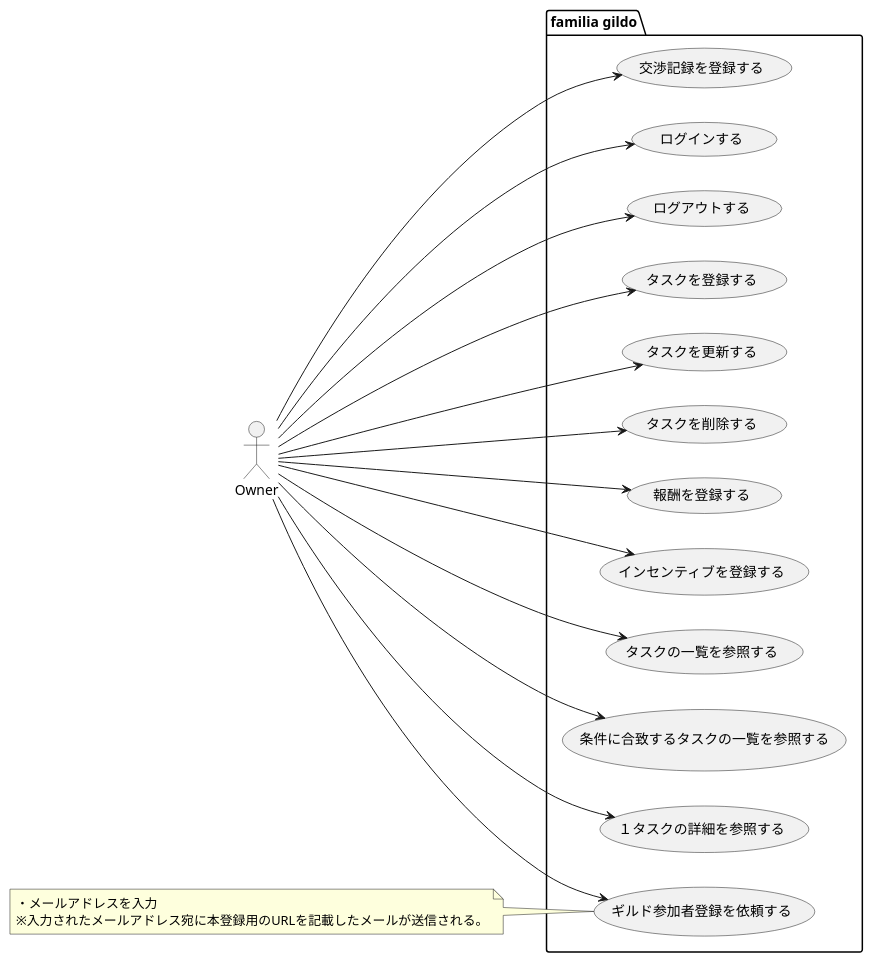
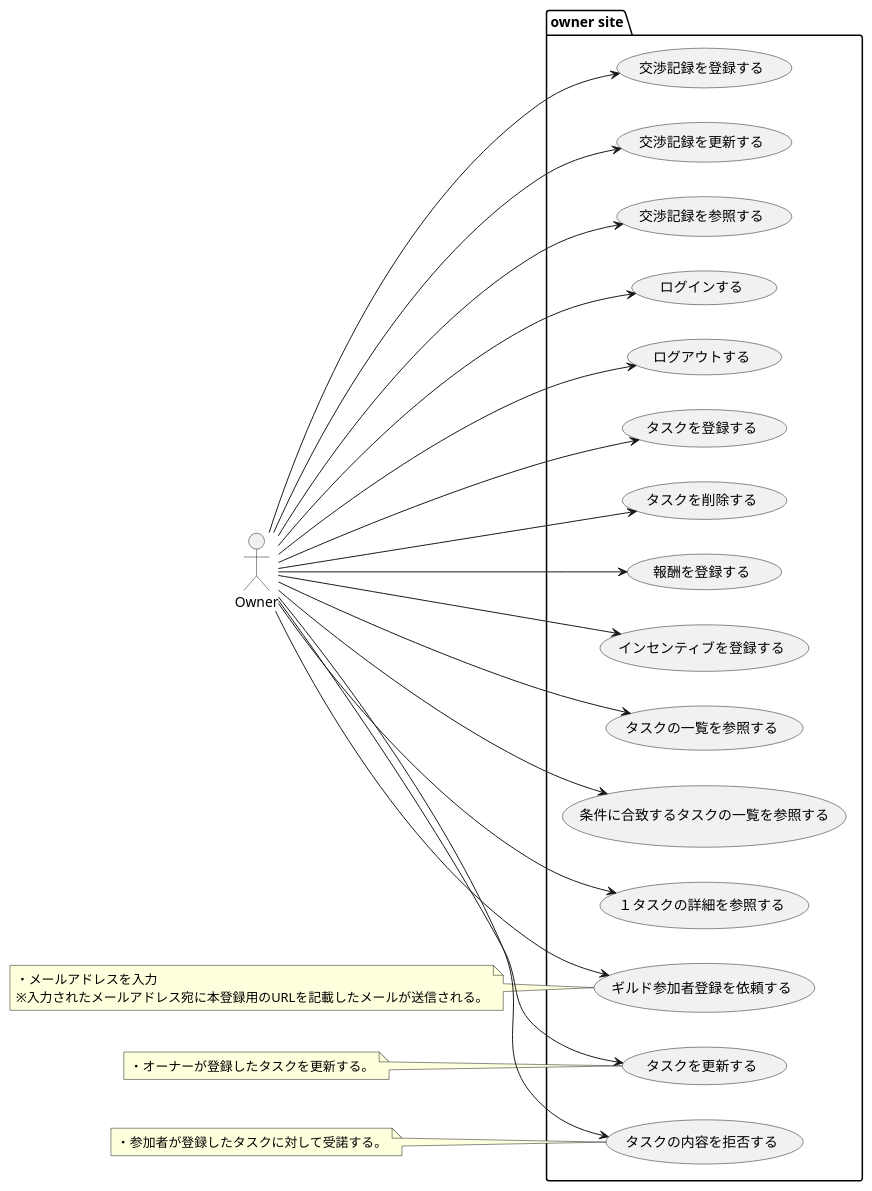
The diagram in design/usecase/owner/usecase.puml (sky0621/familiagildo), drawn with PlantUML before and after one commit. The commit also changed 13 other files, not shown here.

```diff
--- a/design/usecase/owner/usecase.puml
+++ b/design/usecase/owner/usecase.puml
@@ -1,40 +1,55 @@
 @startuml
 
 left to right direction
 
 actor Owner as o
 
-package "familia gildo" {
+package "owner site" {
     usecase "ログインする" as loginByOwner
     usecase "ログアウトする" as logoutByOwner
     usecase "ギルド参加者登録を依頼する" as requestCreateParticipant
-    usecase "タスクを登録する" as createTask
-    usecase "タスクを更新する" as updateTask
-    usecase "タスクを削除する" as deleteTask
-    usecase "報酬を登録する" as createReward
-    usecase "インセンティブを登録する" as createIncentive
-    usecase "タスクの一覧を参照する" as listTask
-    usecase "条件に合致するタスクの一覧を参照する" as findTask
-    usecase "１タスクの詳細を参照する" as getTask
-    usecase "交渉記録を登録する" as createNegotiationRecord
+    usecase "タスクを登録する" as createTaskByOwner
+    usecase "タスクを更新する" as updateTaskByOwner
+    usecase "タスクを削除する" as deleteTaskByOwner
+    usecase "報酬を登録する" as createRewardByOwner
+    usecase "インセンティブを登録する" as createIncentiveByOwner
+    usecase "タスクの一覧を参照する" as listTaskByOwner
+    usecase "条件に合致するタスクの一覧を参照する" as findTaskByOwner
+    usecase "１タスクの詳細を参照する" as getTaskByOwner
+    usecase "交渉記録を登録する" as createNegotiationRecordByOwner
+    usecase "交渉記録を更新する" as updateNegotiationRecordByOwner
+    usecase "交渉記録を参照する" as getNegotiationRecordByOwner
+    usecase "タスクの内容を受諾する" as acceptTaskByOwner
+    usecase "タスクの内容を拒否する" as acceptTaskByOwner
 }
 
 o --> loginByOwner
 o --> logoutByOwner
 o --> requestCreateParticipant
-o --> createTask
-o --> updateTask
-o --> deleteTask
-o --> createReward
-o --> createIncentive
-o --> listTask
-o --> findTask
-o --> getTask
-o --> createNegotiationRecord
+o --> createTaskByOwner
+o --> updateTaskByOwner
+o --> deleteTaskByOwner
+o --> createRewardByOwner
+o --> createIncentiveByOwner
+o --> listTaskByOwner
+o --> findTaskByOwner
+o --> getTaskByOwner
+o --> createNegotiationRecordByOwner
+o --> updateNegotiationRecordByOwner
+o --> getNegotiationRecordByOwner
+o --> acceptTaskByOwner
 
 note left of requestCreateParticipant
 ・メールアドレスを入力
 ※入力されたメールアドレス宛に本登録用のURLを記載したメールが送信される。
 end note
 
+note left of updateTaskByOwner
+・オーナーが登録したタスクを更新する。
+end note
+
+note left of acceptTaskByOwner
+・参加者が登録したタスクに対して受諾する。
+end note
+
 @enduml
```
